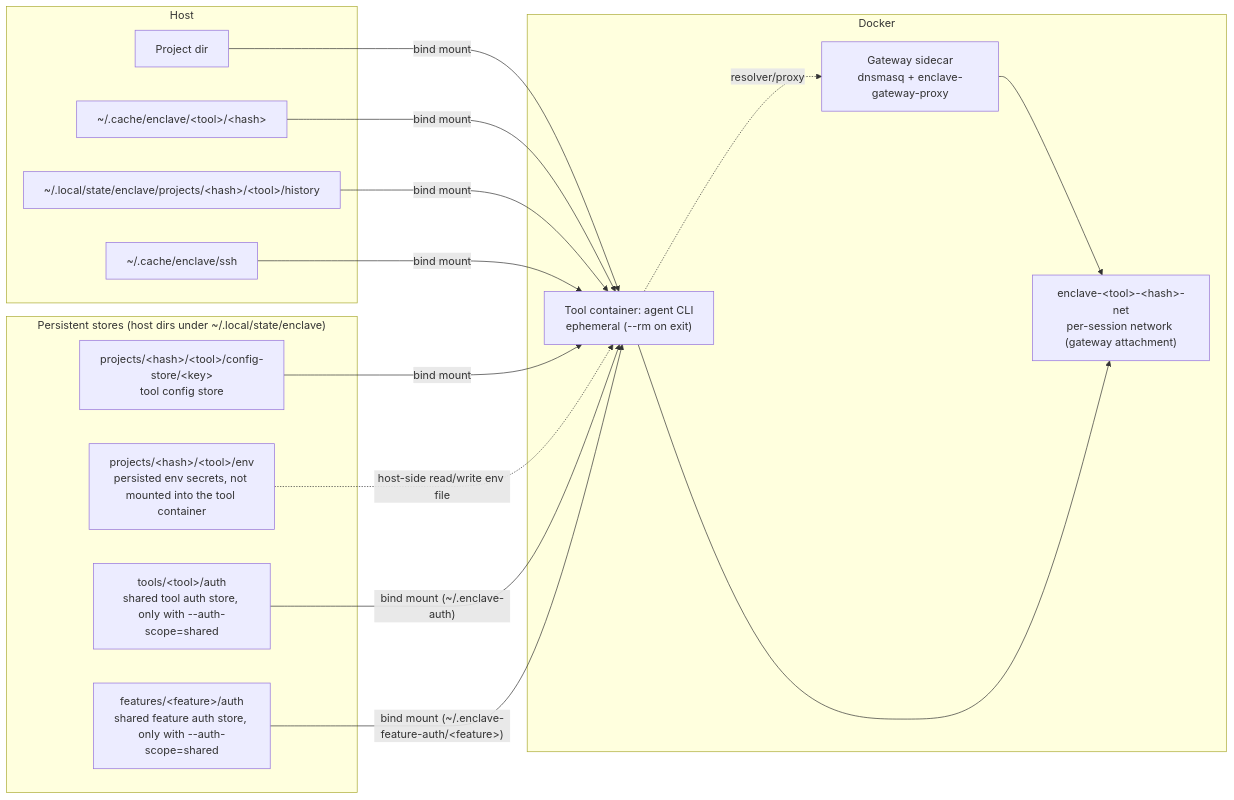
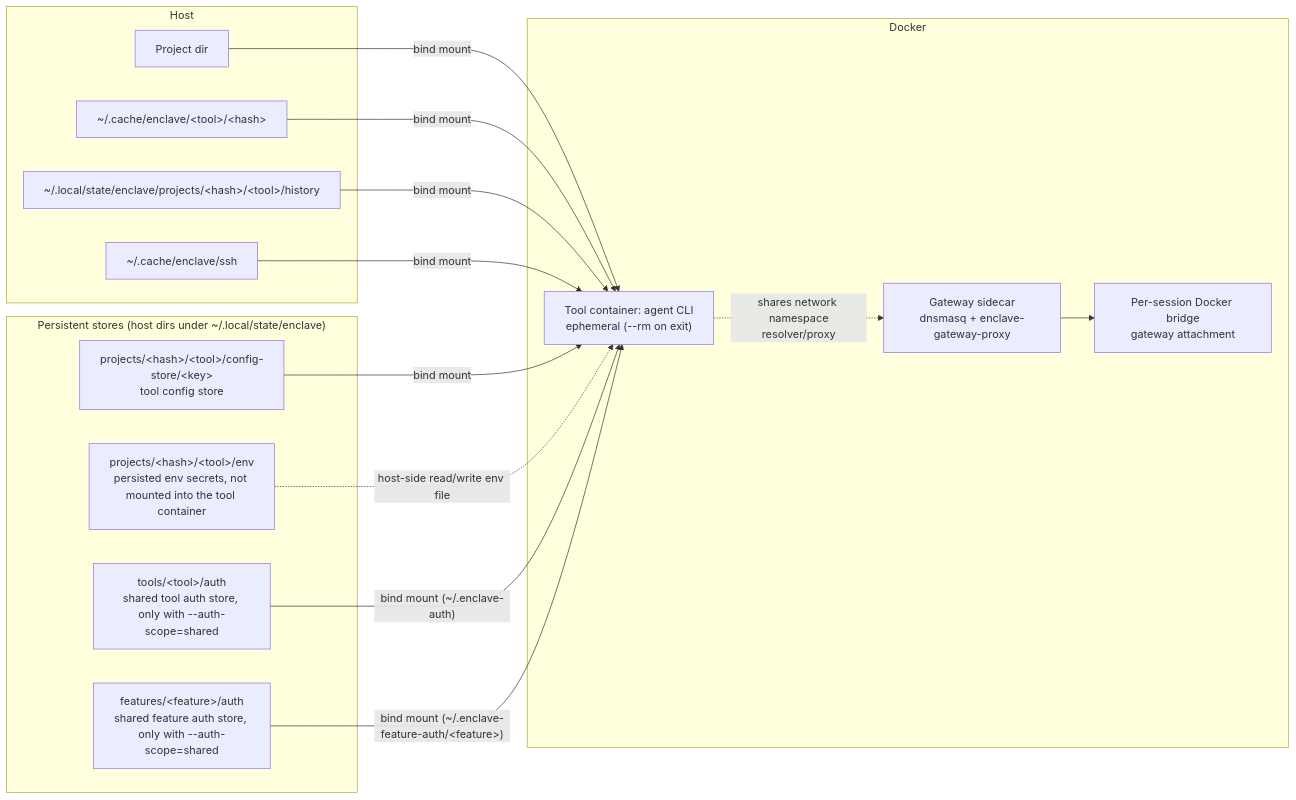
Before and after one commit to eclipse-enclave/enclave: the first of 2 diagrams in docs/ARCHITECTURE.md, drawn with Mermaid. The commit also changed other lines of this file and 23 other files, not shown here.

````diff
--- a/docs/ARCHITECTURE.md
+++ b/docs/ARCHITECTURE.md
@@ -27,34 +27,33 @@
 ```mermaid
 flowchart LR
     subgraph Host
         ProjectDir["Project dir"]
         CacheDir["~/.cache/enclave/&lt;tool&gt;/&lt;hash&gt;"]
         HistoryDir["~/.local/state/enclave/projects/&lt;hash&gt;/&lt;tool&gt;/history"]
         SSHDir["~/.cache/enclave/ssh"]
     end
 
     subgraph Stores["Persistent stores (host dirs under ~/.local/state/enclave)"]
         ConfigStore["projects/&lt;hash&gt;/&lt;tool&gt;/config-store/&lt;key&gt;<br/>tool config store"]
         EnvStore["projects/&lt;hash&gt;/&lt;tool&gt;/env<br/>persisted env secrets, not mounted into the tool container"]
         SharedAuthStore["tools/&lt;tool&gt;/auth<br/>shared tool auth store, only with --auth-scope=shared"]
         FeatureAuthStore["features/&lt;feature&gt;/auth<br/>shared feature auth store, only with --auth-scope=shared"]
     end
 
     subgraph Docker
-        DnsNet["enclave-&lt;tool&gt;-&lt;hash&gt;-net<br/>per-session network (gateway attachment)"]
+        DnsNet["Per-session Docker bridge<br/>gateway attachment"]
         Gateway["Gateway sidecar<br/>dnsmasq + enclave-gateway-proxy"]
         Tool["Tool container: agent CLI<br/>ephemeral (--rm on exit)"]
     end
 
     ProjectDir -->|"bind mount"| Tool
     CacheDir -->|"bind mount"| Tool
     HistoryDir -->|"bind mount"| Tool
     SSHDir -->|"bind mount"| Tool
     ConfigStore -->|"bind mount"| Tool
     EnvStore -.->|"host-side read/write env file"| Tool
     SharedAuthStore -->|"bind mount (~/.enclave-auth)"| Tool
     FeatureAuthStore -->|"bind mount (~/.enclave-feature-auth/&lt;feature&gt;)"| Tool
     Gateway --> DnsNet
-    Tool --> DnsNet
-    Tool -.->|"resolver/proxy"| Gateway
+    Tool -.->|"shares network namespace<br/>resolver/proxy"| Gateway
 ```
````
